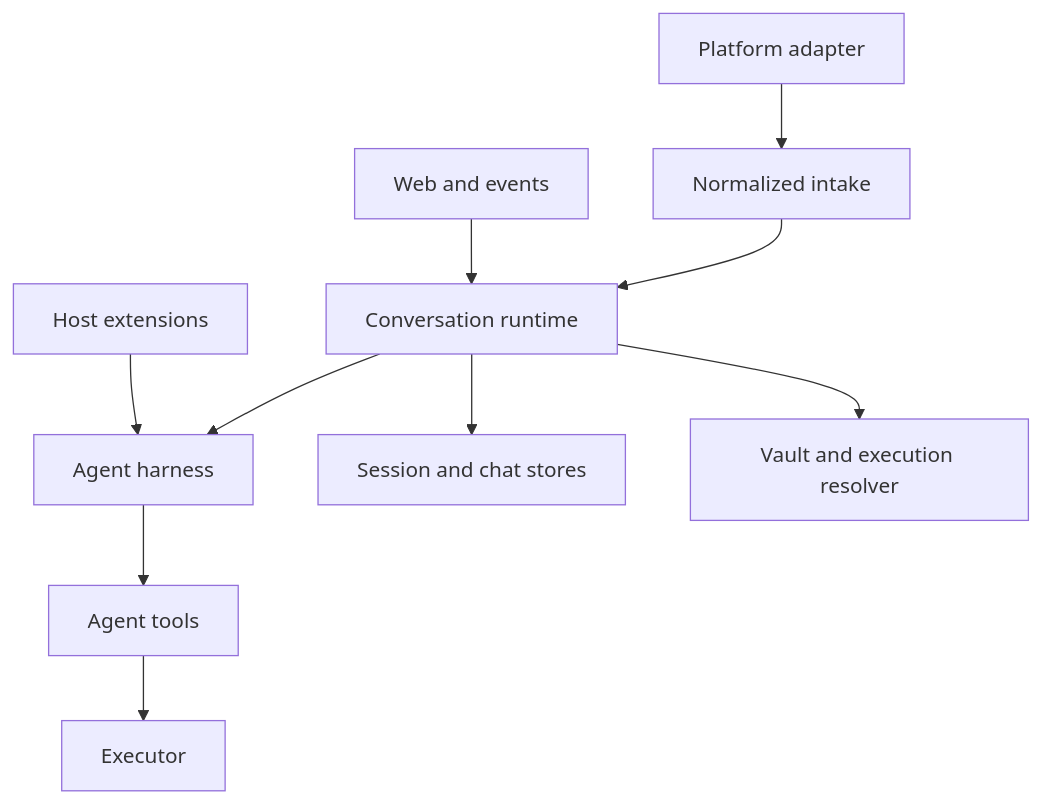
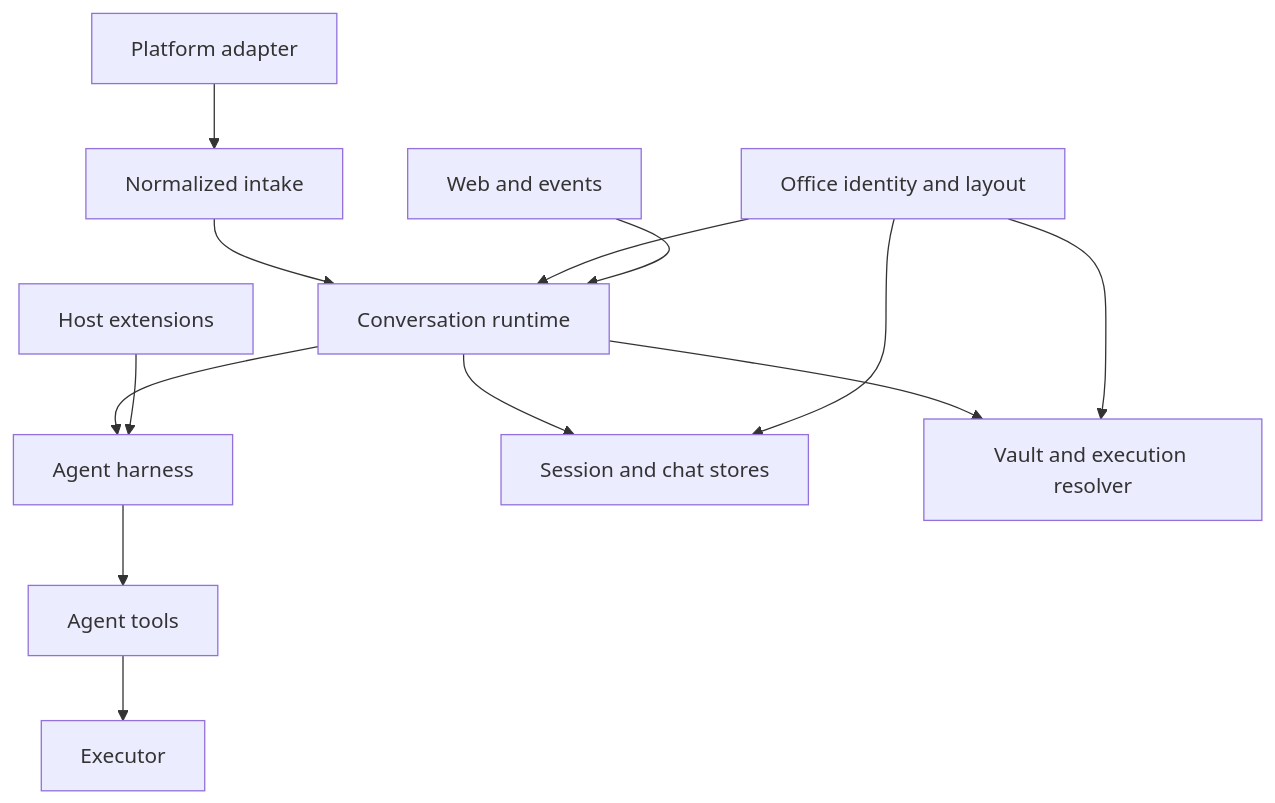
The diagram in src/content/docs/core-interfaces.mdx (geminixiang/mikan), drawn with Mermaid before and after one commit. The commit also changed other lines of this file and 167 other files, not shown here.

````diff
--- a/src/content/docs/core-interfaces.mdx
+++ b/src/content/docs/core-interfaces.mdx
@@ -21,12 +21,15 @@
 ```mermaid
 flowchart TD
   P["Platform adapter"] --> I["Normalized intake"]
   I --> R["Conversation runtime"]
   R --> H["Agent harness"]
   H --> T["Agent tools"]
   T --> E["Executor"]
   R --> S["Session and chat stores"]
   R --> V["Vault and execution resolver"]
+  O["Office identity and layout"] --> R
+  O --> S
+  O --> V
   X["Host extensions"] --> H
   W["Web and events"] --> R
 ```
````
